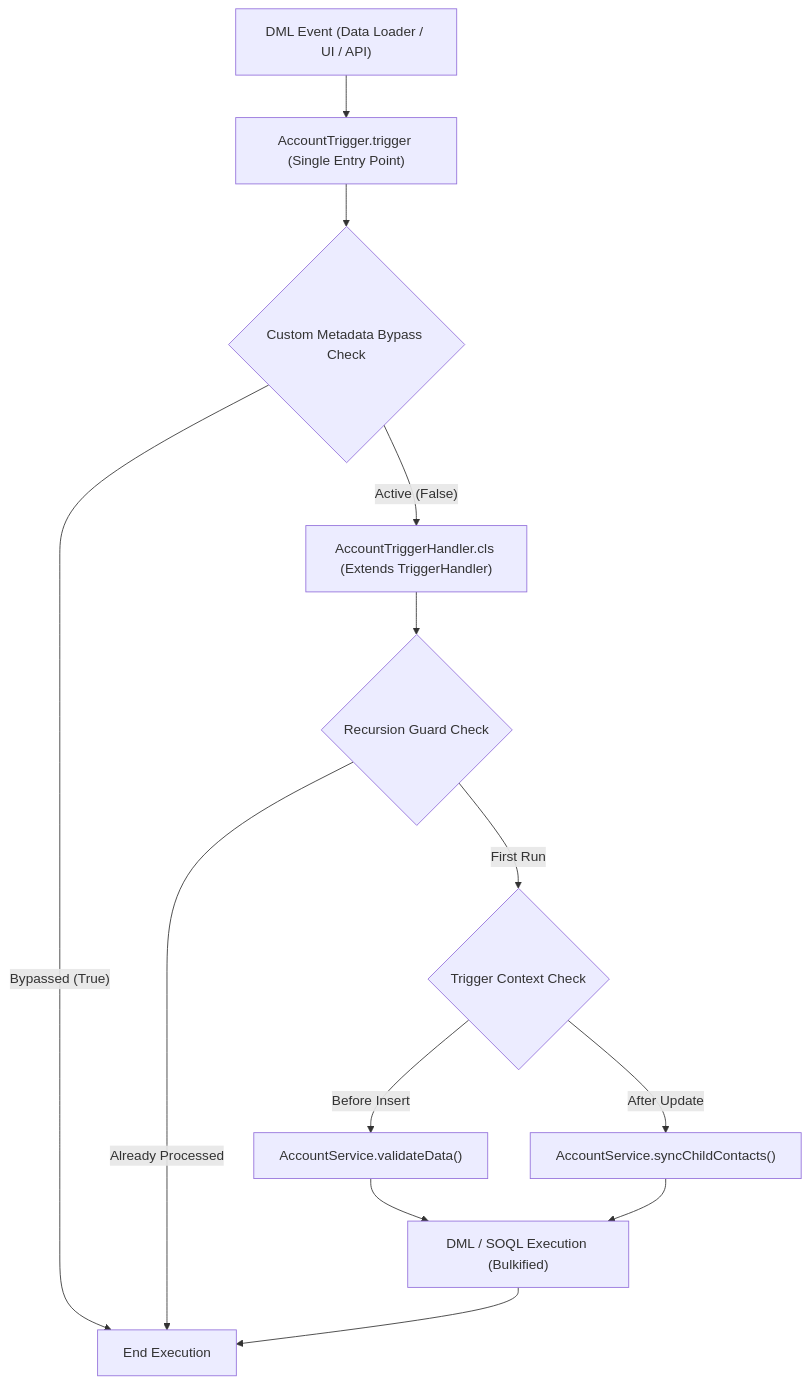
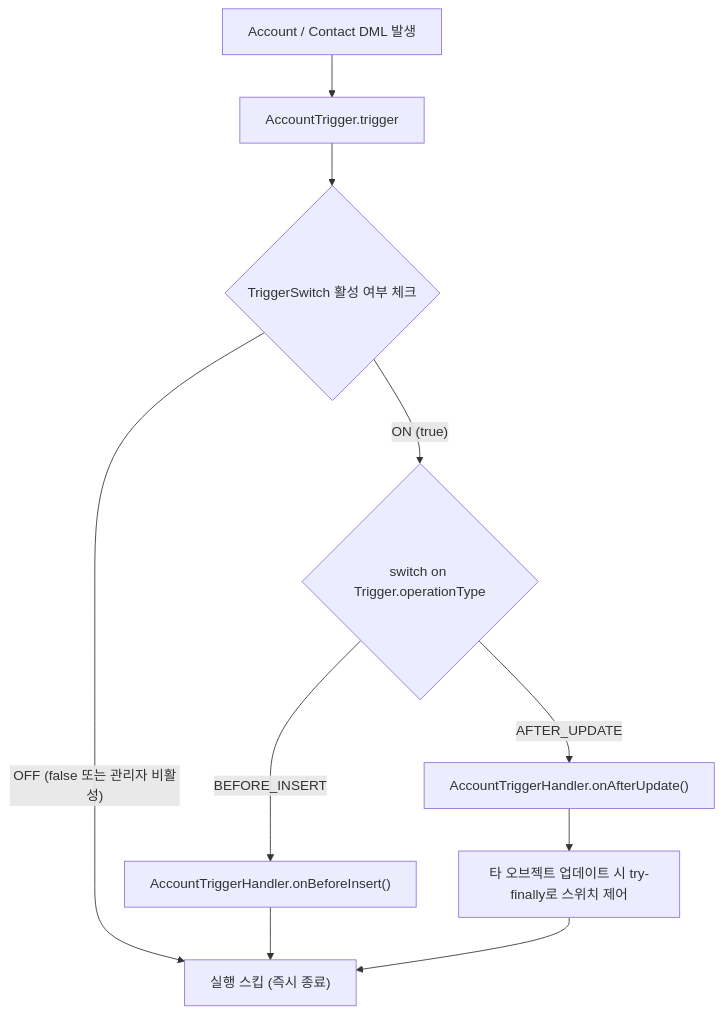
Before and after one commit to taeyeonimda/taeyeonimda.github.io: the diagram in _posts/2026-11-25-salesforce-apex-trigger-framework-best-practices.md, drawn with Mermaid. The commit also changed other lines of this file and 1 other file, not shown here.

Commit message:
docs(post): refine trigger post and AI prompt with practical TriggerSwitch patterns

````diff
--- a/_posts/2026-11-25-salesforce-apex-trigger-framework-best-practices.md
+++ b/_posts/2026-11-25-salesforce-apex-trigger-framework-best-practices.md
@@ -50,15 +125,12 @@
 ```mermaid
 flowchart TD
-    A["DML Event (Data Loader / UI / API)"] --> B["AccountTrigger.trigger (Single Entry Point)"]
-    B --> C{"Custom Metadata Bypass Check"}
-    C -- "Bypassed (True)" --> Z["End Execution"]
-    C -- "Active (False)" --> D["AccountTriggerHandler.cls (Extends TriggerHandler)"]
-    D --> E{"Recursion Guard Check"}
-    E -- "Already Processed" --> Z
-    E -- "First Run" --> F{"Trigger Context Check"}
-    F -- "Before Insert" --> G["AccountService.validateData()"]
-    F -- "After Update" --> H["AccountService.syncChildContacts()"]
-    G --> I["DML / SOQL Execution (Bulkified)"]
-    H --> I
-    I --> Z
+    A["Account / Contact DML 발생"] --> B["AccountTrigger.trigger"]
+    B --> C{"TriggerSwitch 활성 여부 체크"}
+    C -- "OFF (false 또는 관리자 비활성)" --> Z["실행 스킵 (즉시 종료)"]
+    C -- "ON (true)" --> D{"switch on Trigger.operationType"}
+    D -- "BEFORE_INSERT" --> E["AccountTriggerHandler.onBeforeInsert()"]
+    D -- "AFTER_UPDATE" --> F["AccountTriggerHandler.onAfterUpdate()"]
+    E --> Z
+    F --> G["타 오브젝트 업데이트 시 try-finally로 스위치 제어"]
+    G --> Z
 ```
````
